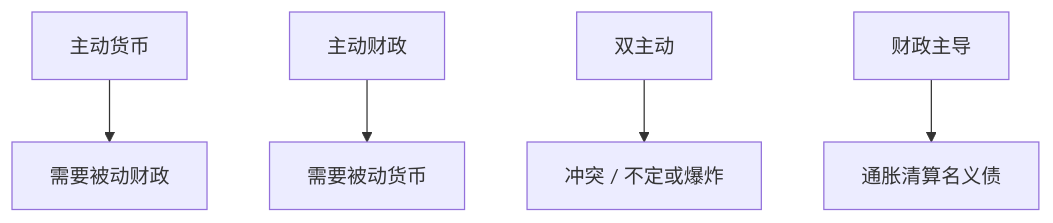
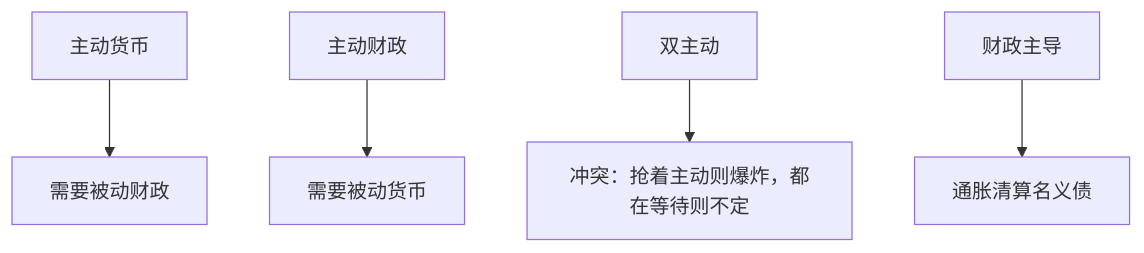
The first of 2 diagrams in docs/econ/fiscal-monetary-dominance.md (xhongduo-tech/xhongduo-tech.github.io), drawn with Mermaid before and after one commit. The commit also changed 2 other files, not shown here.

Commit message:
Content review econ-170: merge the duplicated Lehman marginnotes in shadow-run, distribute the dominance failure modes correctly in the fiscal-monetary mermaid, and repoint diamond-dybvig's liquidity-conversion credit to the intermediaries lesson.

````diff
--- a/docs/econ/fiscal-monetary-dominance.md
+++ b/docs/econ/fiscal-monetary-dominance.md
@@ -28,7 +28,7 @@
 ```mermaid
 flowchart TD
   AM["主动货币"] --> NEED["需要被动财政"]
   AF["主动财政"] --> NEED2["需要被动货币"]
-  BOTH["双主动"] --> CONF["冲突 / 不定或爆炸"]
+  BOTH["双主动"] --> CONF["冲突：抢着主动则爆炸，都在等待则不定"]
   DOM["财政主导"] --> INF["通胀清算名义债"]
 ```
````
